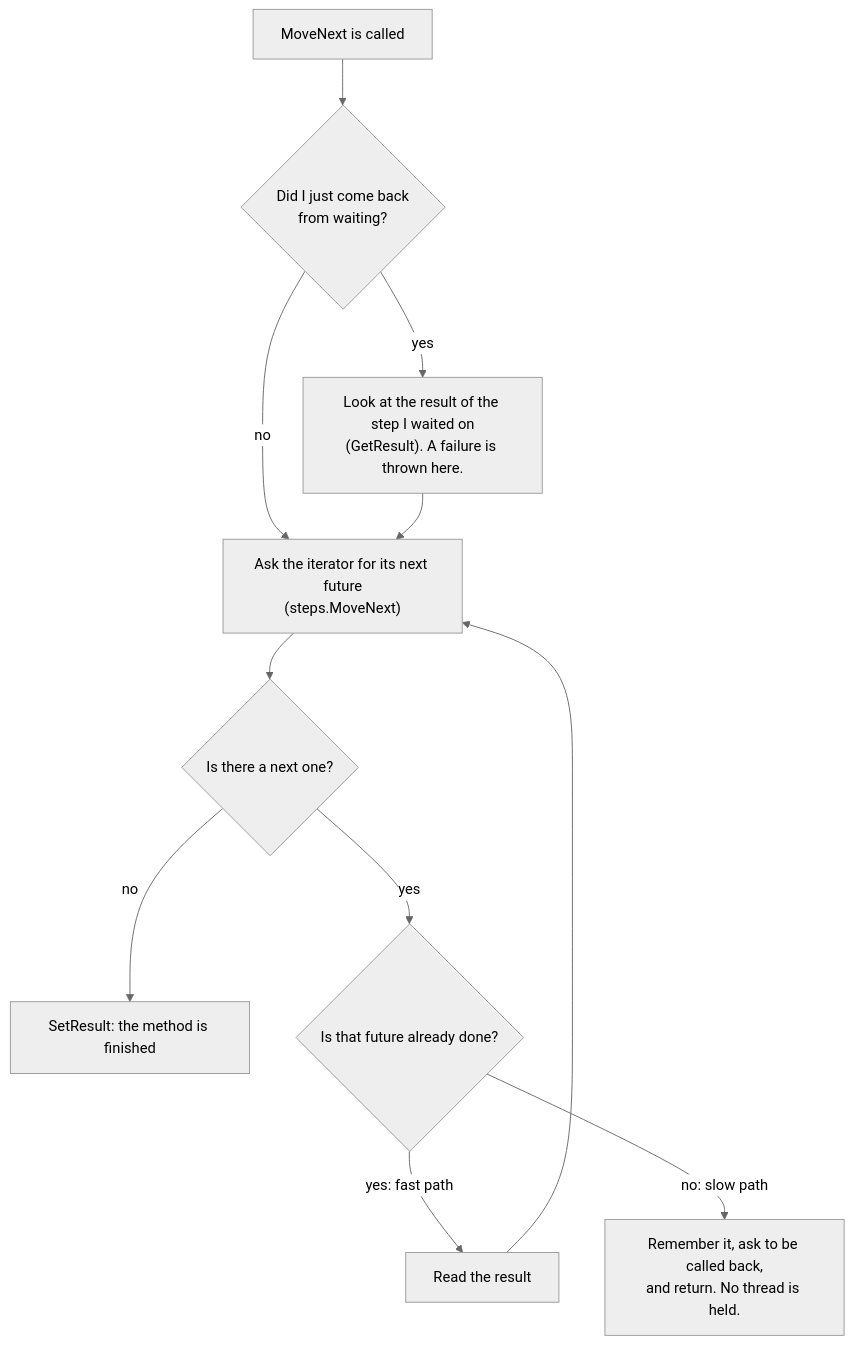
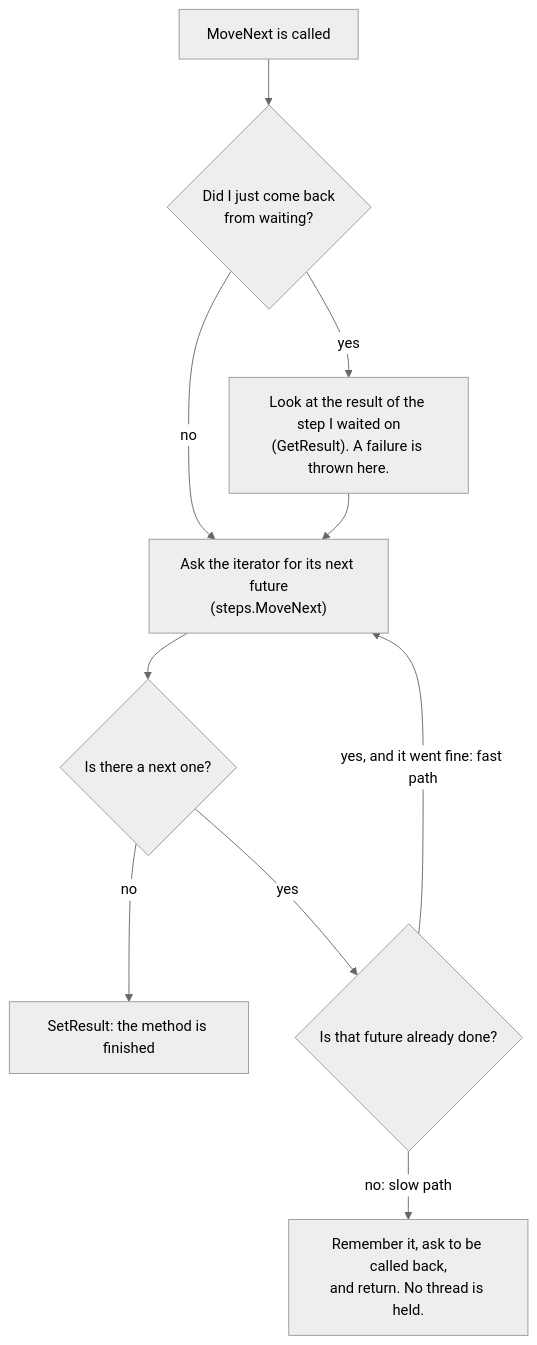
One commit to mmpworks/MMP.AsyncProxy changed the second of 6 diagrams in docs/course/10-waiting-without-a-thread.md. Above: the diagram before and after it, drawn with Mermaid (neutral theme). The commit also changed other lines of this file and 4 other files, not shown here.

````diff
--- a/docs/course/10-waiting-without-a-thread.md
+++ b/docs/course/10-waiting-without-a-thread.md
@@ -255,12 +259,12 @@
 ```mermaid
 flowchart TD
     start["MoveNext is called"] --> back{"Did I just come back<br/>from waiting?"}
     back -->|"yes"| obs["Look at the result of the step I waited on<br/>(GetResult). A failure is thrown here."]
     back -->|"no"| nxt
     obs --> nxt["Ask the iterator for its next future<br/>(steps.MoveNext)"]
     nxt --> more{"Is there a next one?"}
     more -->|"no"| fin["SetResult: the method is finished"]
     more -->|"yes"| ready{"Is that future already done?"}
-    ready -->|"yes: fast path"| obs2["Read the result"] --> nxt
+    ready -->|"yes, and it went fine: fast path"| nxt
     ready -->|"no: slow path"| park["Remember it, ask to be called back,<br/>and return. No thread is held."]
 ```
````
